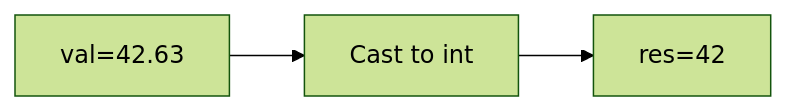
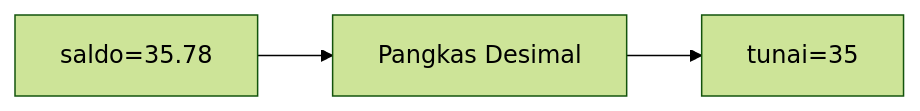
The eighth of 25 diagrams in part-c-pemahaman-cpp/01-tipe-data/latihan/set-04.md (amnahwaida/OSNK_INF_PREP), drawn with Mermaid (forest theme) before and after one commit. The commit also changed other lines of this file and 71 other files, not shown here.

````diff
--- a/part-c-pemahaman-cpp/01-tipe-data/latihan/set-04.md
+++ b/part-c-pemahaman-cpp/01-tipe-data/latihan/set-04.md
@@ -210,5 +220,5 @@
 ```mermaid
 graph LR
-A["val=42.63"] --> B["Cast to int"]
-B --> C["res=42"]
+A["saldo=35.78"] --> B["Pangkas Desimal"]
+B --> C["tunai=35"]
 ```
````
